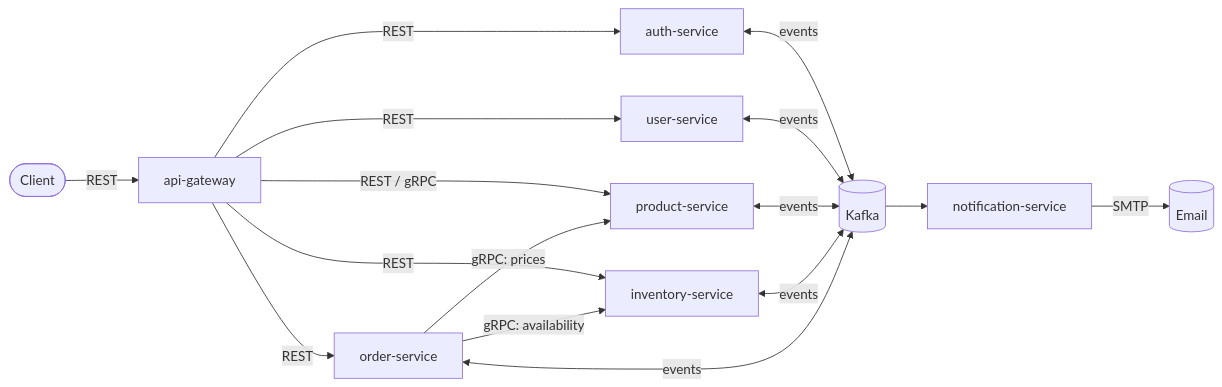
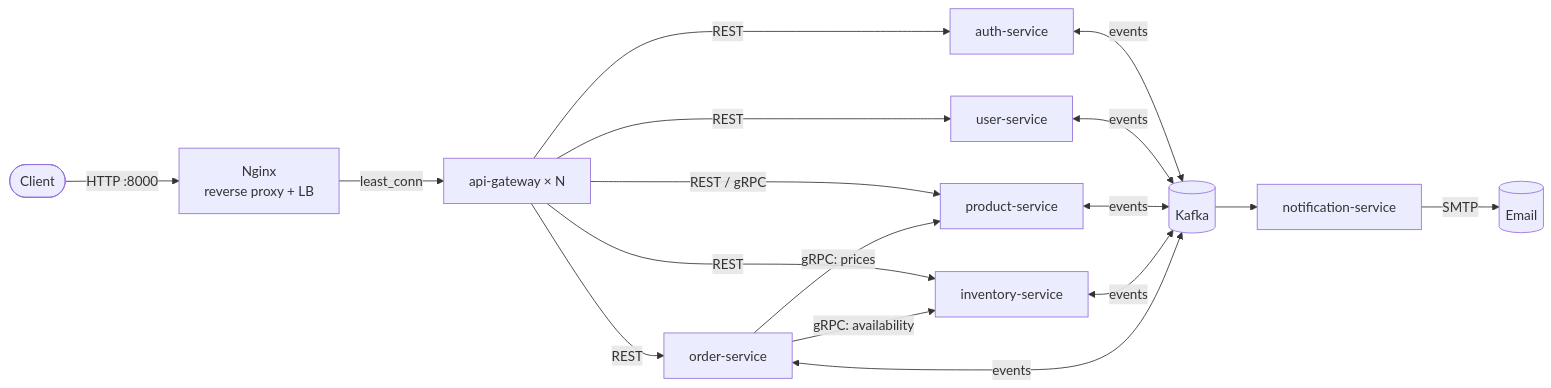
Before and after one commit to Axierrerer/event-driven-orders-platform: the first of 2 diagrams in README.md, drawn with Mermaid. The commit also changed other lines of this file and 28 other files, not shown here.

````diff
--- a/README.md
+++ b/README.md
@@ -45,17 +47,18 @@
 ```mermaid
 flowchart LR
-    client([Client]) -->|REST| gw[api-gateway]
+    client([Client]) -->|HTTP :8000| nginx[Nginx<br/>reverse proxy + LB]
+    nginx -->|least_conn| gw[api-gateway × N]
 
     gw -->|REST| auth[auth-service]
     gw -->|REST| users[user-service]
     gw -->|REST / gRPC| product[product-service]
     gw -->|REST| inventory[inventory-service]
     gw -->|REST| orders[order-service]
 
     orders -->|gRPC: availability| inventory
     orders -->|gRPC: prices| product
 
     auth & users & product & inventory & orders <-->|events| kafka[(Kafka)]
     kafka --> notify[notification-service]
     notify -->|SMTP| mail[(Email)]
 ```
````
